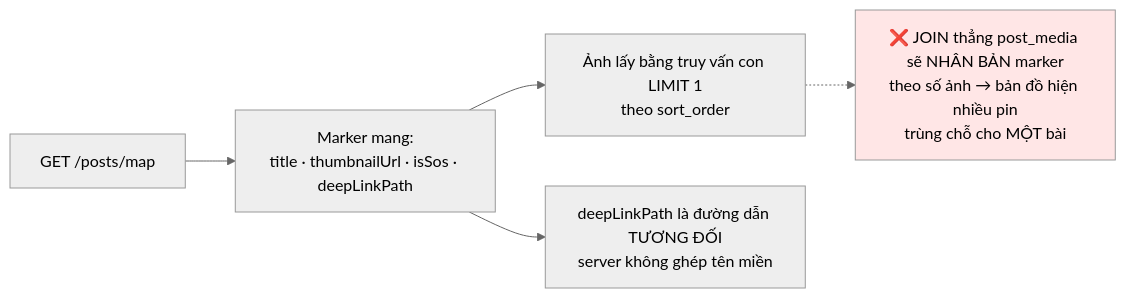
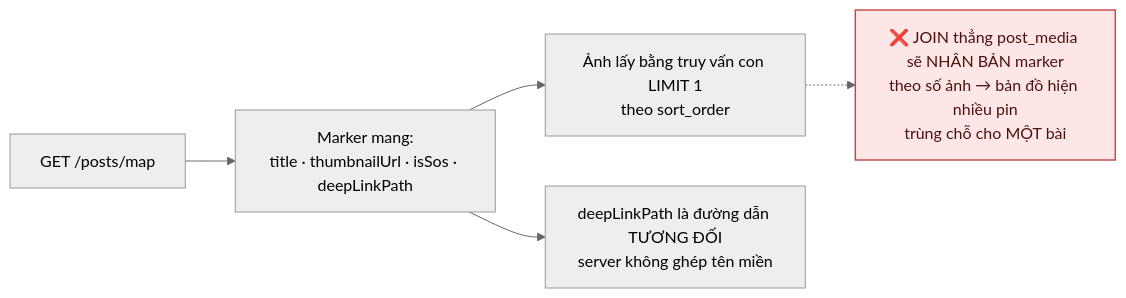
One commit to fdshn/trueheart changed the third of 5 diagrams in docs/diagram/25-location-privacy.md. Above: the diagram before and after it, drawn with Mermaid (neutral theme). The commit also changed other lines of this file and 30 other files, not shown here.

First line of the commit message:
docs(diagram): chữ trong khối tô màu đọc được ở cả giao diện sáng và tối

````diff
--- a/docs/diagram/25-location-privacy.md
+++ b/docs/diagram/25-location-privacy.md
@@ -50,10 +50,10 @@
 ```mermaid
 flowchart LR
     A["GET /posts/map"] --> B["Marker mang:<br/>title · thumbnailUrl · isSos · deepLinkPath"]
     B --> C["Ảnh lấy bằng truy vấn con LIMIT 1<br/>theo sort_order"]
     C -.-> D["❌ JOIN thẳng post_media sẽ NHÂN BẢN marker<br/>theo số ảnh → bản đồ hiện nhiều pin<br/>trùng chỗ cho MỘT bài"]
 
     B --> E["deepLinkPath là đường dẫn TƯƠNG ĐỐI<br/>server không ghép tên miền"]
 
-    style D fill:#ffe6e6
+    style D fill:#ffe6e6,stroke:#c0504d,stroke-width:1.5px,color:#4a1210
 ```
````
